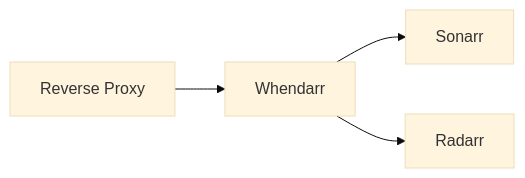
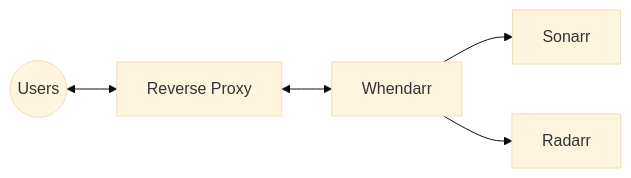
The diagram in content/guide/configuration/reverse-proxy.mdx (anthony-mariotti/whendarr-docs), drawn with Mermaid (base theme) before and after one commit. The commit also changed other lines of this file, not shown here.

Commit message:
Add disclosure

````diff
--- a/content/guide/configuration/reverse-proxy.mdx
+++ b/content/guide/configuration/reverse-proxy.mdx
@@ -9,10 +15,12 @@
 ```mermaid
 graph LR;
-A[Reverse Proxy];
-B[Whendarr];
+USR@{ shape: circle, label: "Users"}
+RP[Reverse Proxy];
+WD[Whendarr];
 C[Sonarr];
 D[Radarr];
-A --> B;
-B --> C;
-B --> D;
+USR <--> RP;
+RP <--> WD;
+WD --> C;
+WD --> D;
 ```
````
